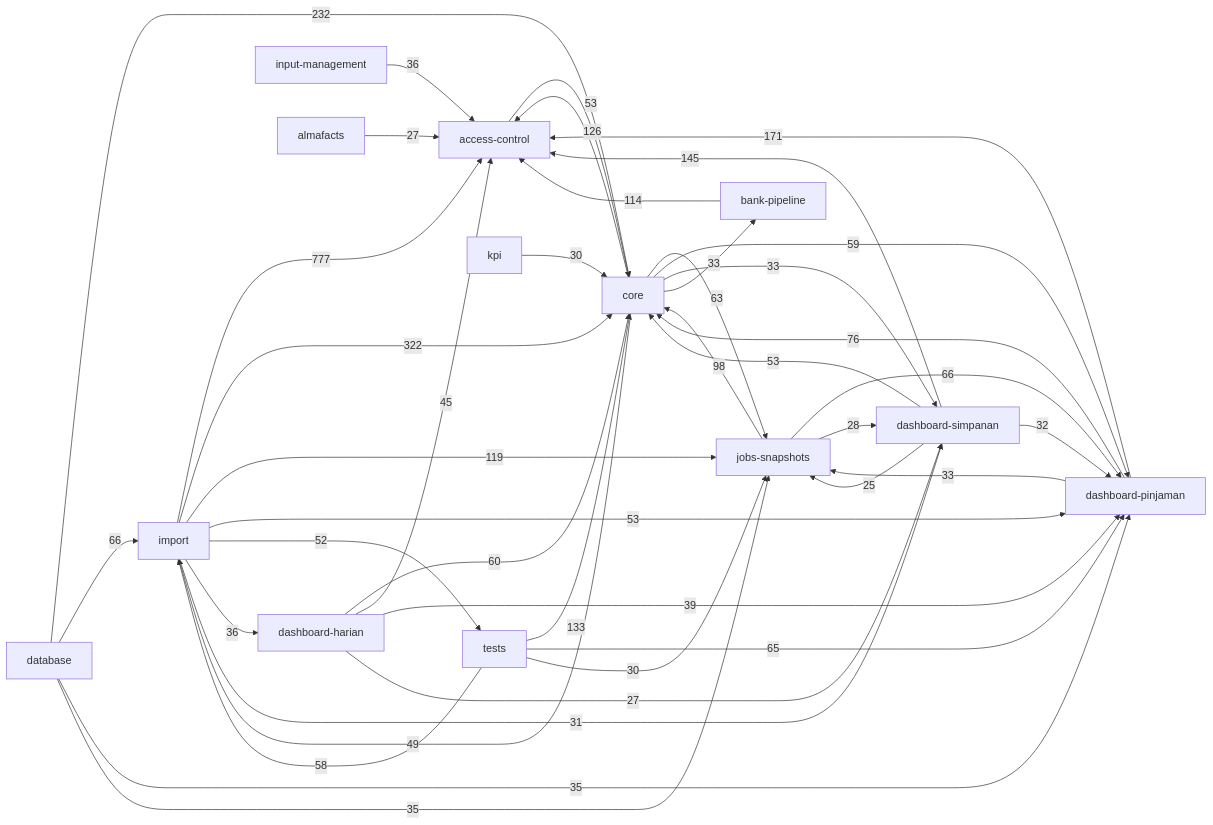
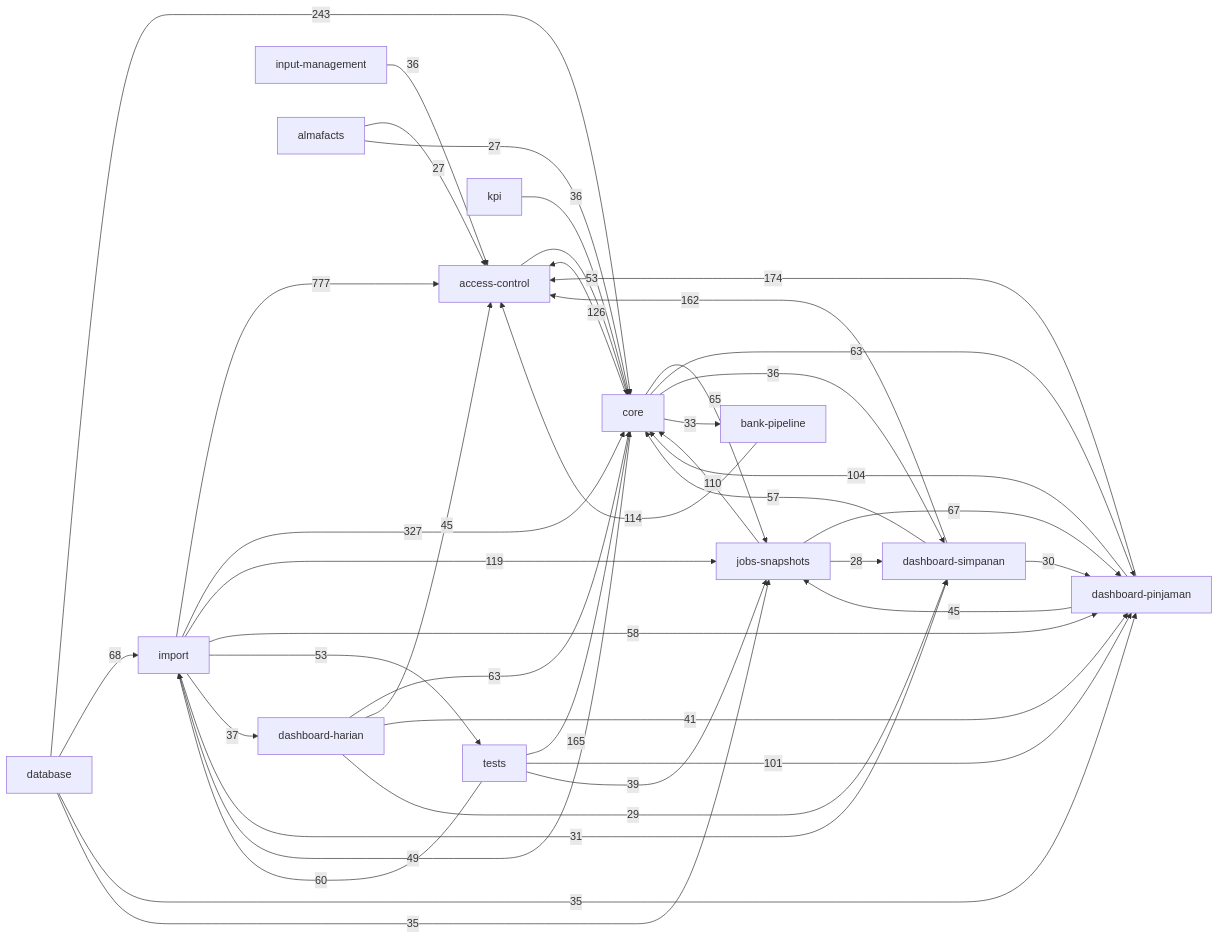
Before and after one commit to RizalloN/project-abah: the diagram in docs/knowledge-graph/ARCHITECTURE.md, drawn with Mermaid. The commit also changed other lines of this file and 164 other files, not shown here.

````diff
--- a/docs/knowledge-graph/ARCHITECTURE.md
+++ b/docs/knowledge-graph/ARCHITECTURE.md
@@ -5,43 +5,43 @@
 ```mermaid
 flowchart LR
     d_d942f64886["import"] -->|777| d_c393a69167["access-control"]
-    d_d942f64886["import"] -->|322| d_0d45f5fd46["core"]
-    d_3549b0028b["database"] -->|232| d_0d45f5fd46["core"]
-    d_c1933689a3["dashboard-pinjaman"] -->|171| d_c393a69167["access-control"]
-    d_90026ec21f["dashboard-simpanan"] -->|145| d_c393a69167["access-control"]
-    d_59830ebc3a["tests"] -->|133| d_0d45f5fd46["core"]
+    d_d942f64886["import"] -->|327| d_0d45f5fd46["core"]
+    d_3549b0028b["database"] -->|243| d_0d45f5fd46["core"]
+    d_c1933689a3["dashboard-pinjaman"] -->|174| d_c393a69167["access-control"]
+    d_59830ebc3a["tests"] -->|165| d_0d45f5fd46["core"]
+    d_90026ec21f["dashboard-simpanan"] -->|162| d_c393a69167["access-control"]
     d_0d45f5fd46["core"] -->|126| d_c393a69167["access-control"]
     d_d942f64886["import"] -->|119| d_7c16aa6a77["jobs-snapshots"]
     d_39bcb775e4["bank-pipeline"] -->|114| d_c393a69167["access-control"]
-    d_7c16aa6a77["jobs-snapshots"] -->|98| d_0d45f5fd46["core"]
-    d_c1933689a3["dashboard-pinjaman"] -->|76| d_0d45f5fd46["core"]
-    d_3549b0028b["database"] -->|66| d_d942f64886["import"]
-    d_7c16aa6a77["jobs-snapshots"] -->|66| d_c1933689a3["dashboard-pinjaman"]
-    d_59830ebc3a["tests"] -->|65| d_c1933689a3["dashboard-pinjaman"]
-    d_0d45f5fd46["core"] -->|63| d_7c16aa6a77["jobs-snapshots"]
-    d_a0a49fdd98["dashboard-harian"] -->|60| d_0d45f5fd46["core"]
-    d_0d45f5fd46["core"] -->|59| d_c1933689a3["dashboard-pinjaman"]
-    d_59830ebc3a["tests"] -->|58| d_d942f64886["import"]
+    d_7c16aa6a77["jobs-snapshots"] -->|110| d_0d45f5fd46["core"]
+    d_c1933689a3["dashboard-pinjaman"] -->|104| d_0d45f5fd46["core"]
+    d_59830ebc3a["tests"] -->|101| d_c1933689a3["dashboard-pinjaman"]
+    d_3549b0028b["database"] -->|68| d_d942f64886["import"]
+    d_7c16aa6a77["jobs-snapshots"] -->|67| d_c1933689a3["dashboard-pinjaman"]
+    d_0d45f5fd46["core"] -->|65| d_7c16aa6a77["jobs-snapshots"]
+    d_0d45f5fd46["core"] -->|63| d_c1933689a3["dashboard-pinjaman"]
+    d_a0a49fdd98["dashboard-harian"] -->|63| d_0d45f5fd46["core"]
+    d_59830ebc3a["tests"] -->|60| d_d942f64886["import"]
+    d_d942f64886["import"] -->|58| d_c1933689a3["dashboard-pinjaman"]
+    d_90026ec21f["dashboard-simpanan"] -->|57| d_0d45f5fd46["core"]
     d_c393a69167["access-control"] -->|53| d_0d45f5fd46["core"]
-    d_90026ec21f["dashboard-simpanan"] -->|53| d_0d45f5fd46["core"]
-    d_d942f64886["import"] -->|53| d_c1933689a3["dashboard-pinjaman"]
-    d_d942f64886["import"] -->|52| d_59830ebc3a["tests"]
+    d_d942f64886["import"] -->|53| d_59830ebc3a["tests"]
     d_0d45f5fd46["core"] -->|49| d_d942f64886["import"]
+    d_c1933689a3["dashboard-pinjaman"] -->|45| d_7c16aa6a77["jobs-snapshots"]
     d_a0a49fdd98["dashboard-harian"] -->|45| d_c393a69167["access-control"]
-    d_a0a49fdd98["dashboard-harian"] -->|39| d_c1933689a3["dashboard-pinjaman"]
-    d_d942f64886["import"] -->|36| d_a0a49fdd98["dashboard-harian"]
+    d_a0a49fdd98["dashboard-harian"] -->|41| d_c1933689a3["dashboard-pinjaman"]
+    d_59830ebc3a["tests"] -->|39| d_7c16aa6a77["jobs-snapshots"]
+    d_d942f64886["import"] -->|37| d_a0a49fdd98["dashboard-harian"]
+    d_0d45f5fd46["core"] -->|36| d_90026ec21f["dashboard-simpanan"]
     d_b70a9d941d["input-management"] -->|36| d_c393a69167["access-control"]
+    d_1da4ffdd60["kpi"] -->|36| d_0d45f5fd46["core"]
     d_3549b0028b["database"] -->|35| d_c1933689a3["dashboard-pinjaman"]
     d_3549b0028b["database"] -->|35| d_7c16aa6a77["jobs-snapshots"]
-    d_0d45f5fd46["core"] -->|33| d_90026ec21f["dashboard-simpanan"]
     d_0d45f5fd46["core"] -->|33| d_39bcb775e4["bank-pipeline"]
-    d_c1933689a3["dashboard-pinjaman"] -->|33| d_7c16aa6a77["jobs-snapshots"]
-    d_90026ec21f["dashboard-simpanan"] -->|32| d_c1933689a3["dashboard-pinjaman"]
     d_d942f64886["import"] -->|31| d_90026ec21f["dashboard-simpanan"]
-    d_1da4ffdd60["kpi"] -->|30| d_0d45f5fd46["core"]
-    d_59830ebc3a["tests"] -->|30| d_7c16aa6a77["jobs-snapshots"]
+    d_90026ec21f["dashboard-simpanan"] -->|30| d_c1933689a3["dashboard-pinjaman"]
+    d_a0a49fdd98["dashboard-harian"] -->|29| d_90026ec21f["dashboard-simpanan"]
     d_7c16aa6a77["jobs-snapshots"] -->|28| d_90026ec21f["dashboard-simpanan"]
     d_b89824cc5a["almafacts"] -->|27| d_c393a69167["access-control"]
-    d_a0a49fdd98["dashboard-harian"] -->|27| d_90026ec21f["dashboard-simpanan"]
-    d_90026ec21f["dashboard-simpanan"] -->|25| d_7c16aa6a77["jobs-snapshots"]
+    d_b89824cc5a["almafacts"] -->|27| d_0d45f5fd46["core"]
 ```
````
